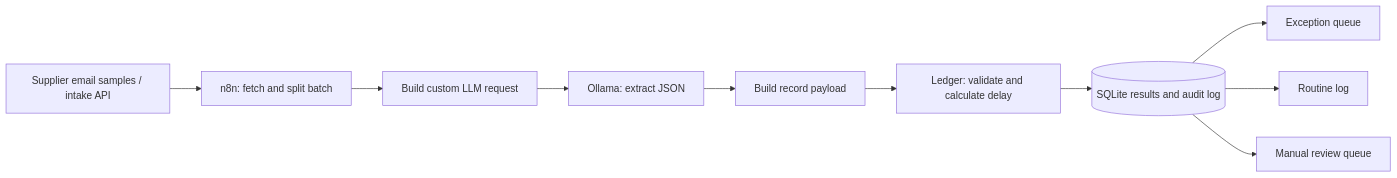
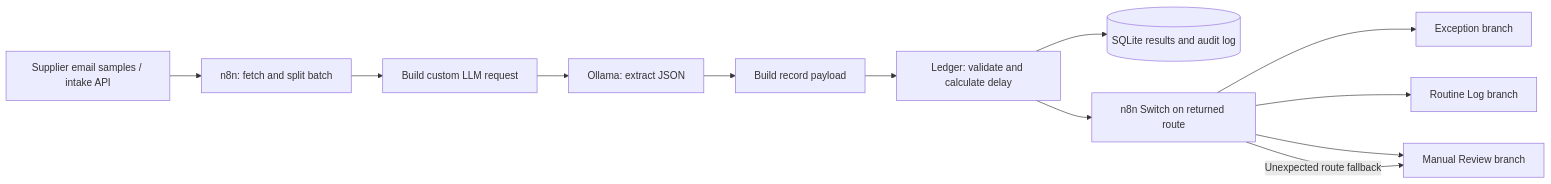
Before and after one commit to JasonTeixeira/tripleten-ai-automation-portfolio: the diagram in projects/supplier-delay-triage/README.md, drawn with Mermaid. The commit also changed other lines of this file and 38 other files, not shown here.

````diff
--- a/projects/supplier-delay-triage/README.md
+++ b/projects/supplier-delay-triage/README.md
@@ -51,12 +51,14 @@
 ```mermaid
 flowchart LR
   A[Supplier email samples / intake API] --> B[n8n: fetch and split batch]
   B --> C[Build custom LLM request]
   C --> D[Ollama: extract JSON]
   D --> E[Build record payload]
   E --> F[Ledger: validate and calculate delay]
   F --> G[(SQLite results and audit log)]
-  G --> H[Exception queue]
-  G --> I[Routine log]
-  G --> J[Manual review queue]
+  F --> S[n8n Switch on returned route]
+  S --> H[Exception branch]
+  S --> I[Routine Log branch]
+  S --> J[Manual Review branch]
+  S -->|Unexpected route fallback| J
 ```
````
